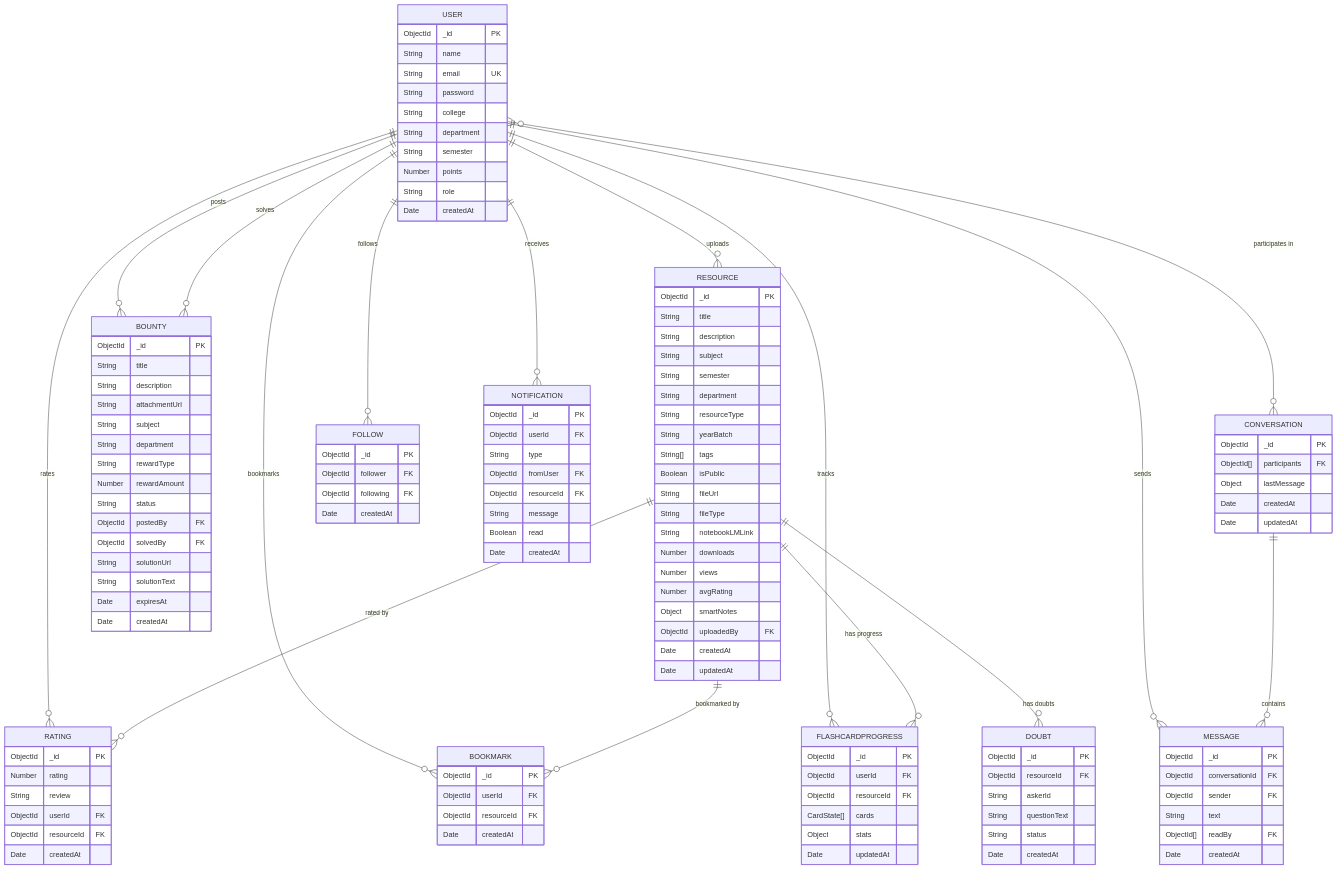
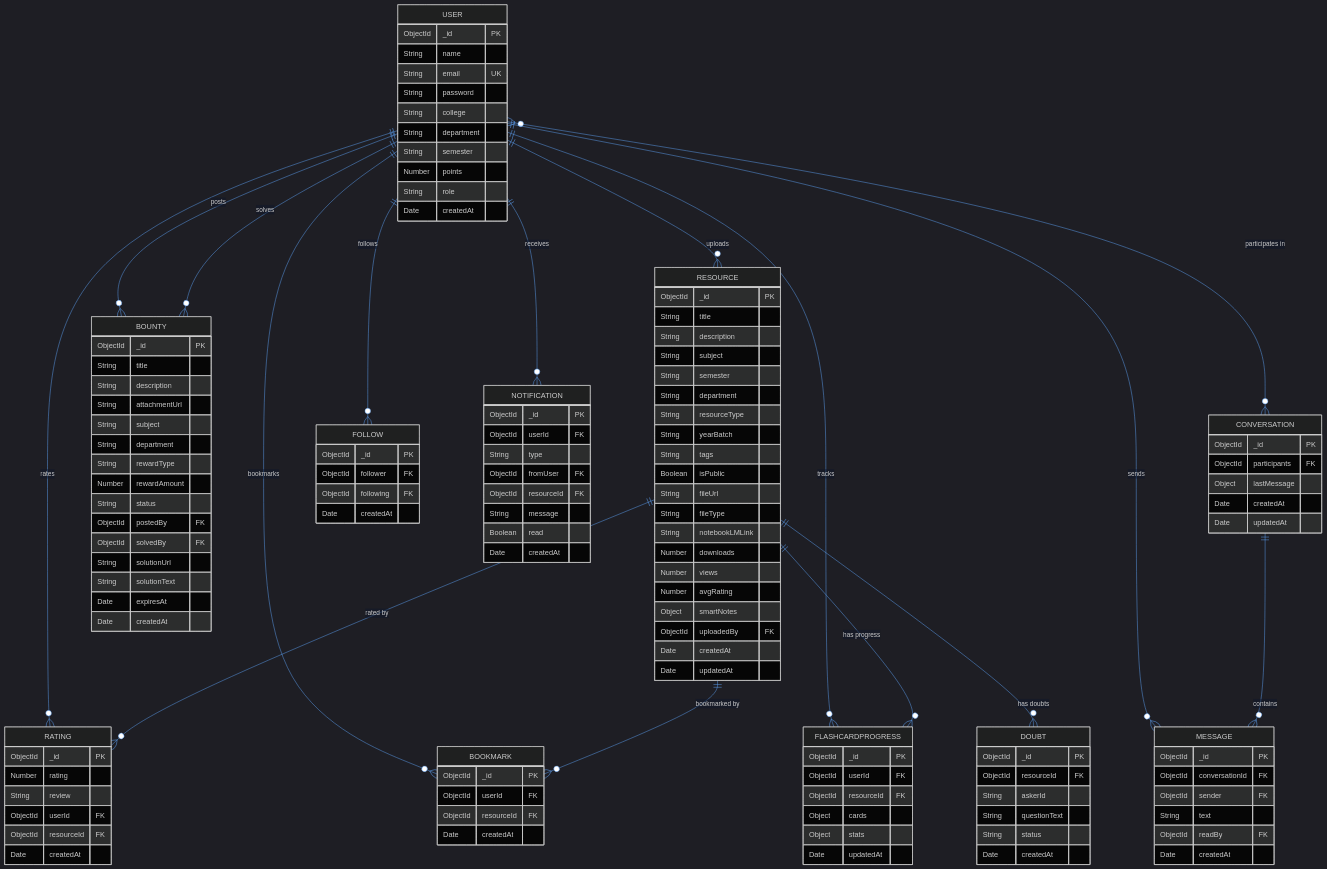
Before and after one commit to sgk18/NoteNova: the third of 5 diagrams in README.md, drawn with Mermaid. The commit also changed other lines of this file, not shown here.

Commit message:
docs: clean up README formatting, modernize Mermaid diagram themes, and update schema definitions

````diff
--- a/README.md
+++ b/README.md
@@ -735,4 +737,5 @@
 ```mermaid
+%%{init: {'theme': 'dark', 'themeVariables': {'primaryColor': '#1e3a5f', 'primaryTextColor': '#e2e8f0', 'primaryBorderColor': '#3b82f6', 'lineColor': '#60a5fa', 'secondaryColor': '#1e293b', 'tertiaryColor': '#0f172a', 'attributeBackgroundColorEven': '#0f172a', 'attributeBackgroundColorOdd': '#1e293b'}}}%%
 erDiagram
     USER {
         ObjectId _id PK
@@ -756,7 +759,7 @@
         String department
         String resourceType
         String yearBatch
-        String[] tags
+        String tags
         Boolean isPublic
         String fileUrl
         String fileType
@@ -790,7 +793,7 @@
 
     CONVERSATION {
         ObjectId _id PK
-        ObjectId[] participants FK
+        ObjectId participants FK
         Object lastMessage
         Date createdAt
         Date updatedAt
@@ -801,7 +804,7 @@
         ObjectId conversationId FK
         ObjectId sender FK
         String text
-        ObjectId[] readBy FK
+        ObjectId readBy FK
         Date createdAt
     }
 
@@ -843,7 +846,7 @@
         ObjectId _id PK
         ObjectId userId FK
         ObjectId resourceId FK
-        CardState[] cards
+        Object cards
         Object stats
         Date updatedAt
     }
````
